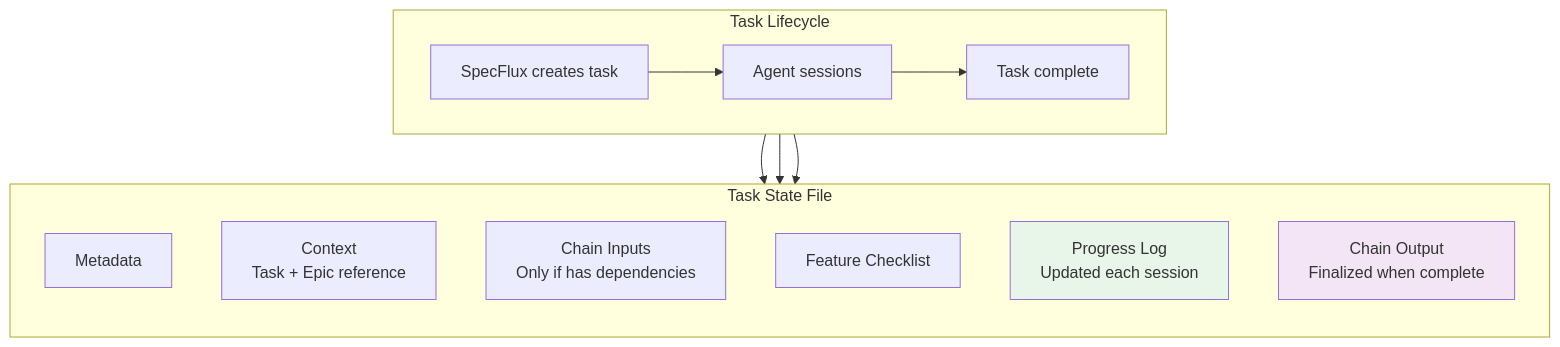
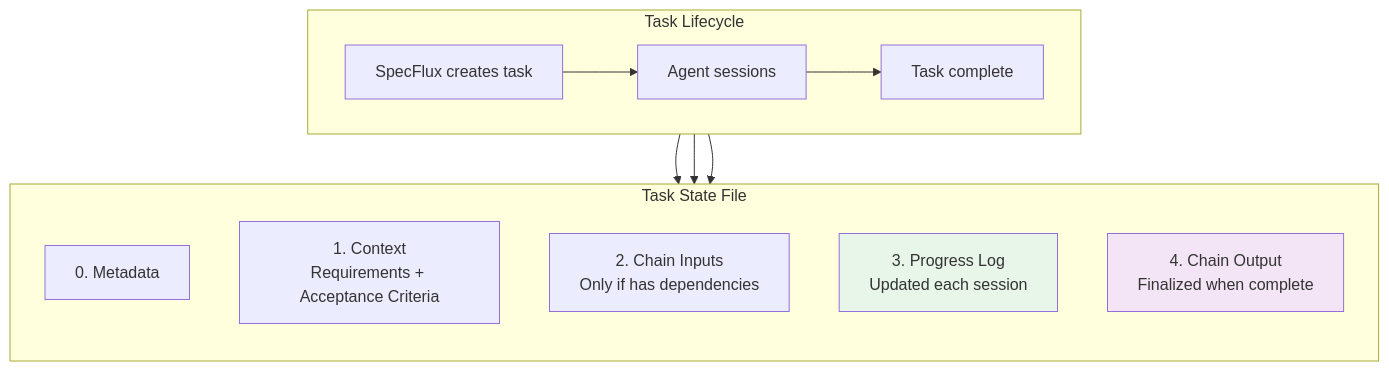
One commit to cliangdev/specflux changed the first of 3 diagrams in docs/research/unified-task-state-design.md. Above: the diagram before and after it, drawn with Mermaid. The commit also changed other lines of this file, not shown here.

First line of the commit message:
docs: simplify unified task state design

````diff
--- a/docs/research/unified-task-state-design.md
+++ b/docs/research/unified-task-state-design.md
@@ -27,25 +27,24 @@
 ```mermaid
 flowchart TB
     subgraph "Task Lifecycle"
         direction LR
         CREATE[SpecFlux creates task] --> SESSION[Agent sessions]
         SESSION --> COMPLETE[Task complete]
     end
 
     subgraph "Task State File"
         direction TB
-        META[Metadata]
-        CTX[Context<br/>Task + Epic reference]
-        CHAIN_IN[Chain Inputs<br/>Only if has dependencies]
-        CHECKLIST[Feature Checklist]
-        PROGRESS[Progress Log<br/>Updated each session]
-        CHAIN_OUT[Chain Output<br/>Finalized when complete]
+        META[0. Metadata]
+        CTX[1. Context<br/>Requirements + Acceptance Criteria]
+        CHAIN_IN[2. Chain Inputs<br/>Only if has dependencies]
+        PROGRESS[3. Progress Log<br/>Updated each session]
+        CHAIN_OUT[4. Chain Output<br/>Finalized when complete]
     end
 
     CREATE --> META
     SESSION --> PROGRESS
     COMPLETE --> CHAIN_OUT
 
     style PROGRESS fill:#E8F5E9
     style CHAIN_OUT fill:#F3E5F5
 ```
````
